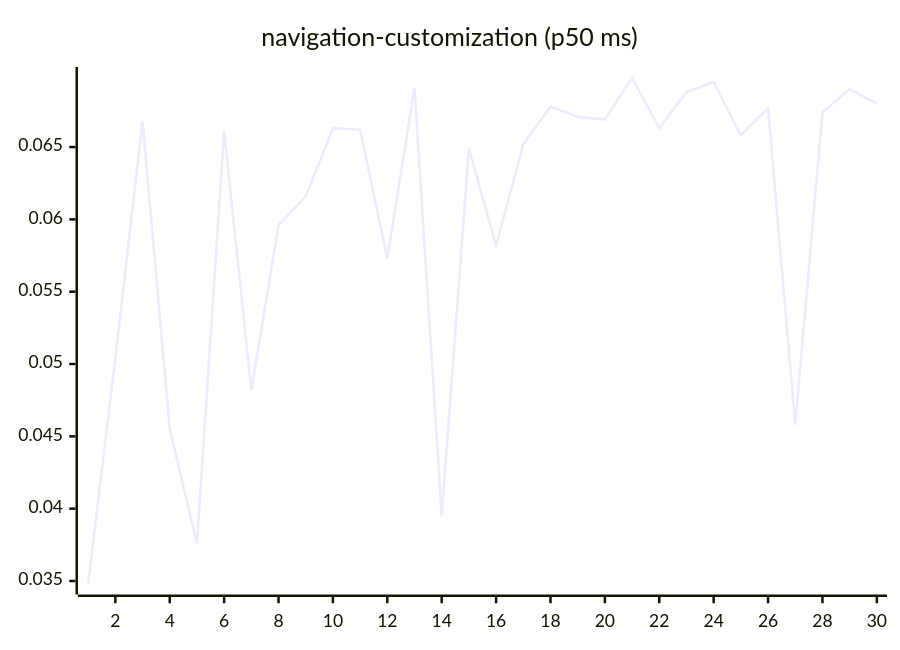
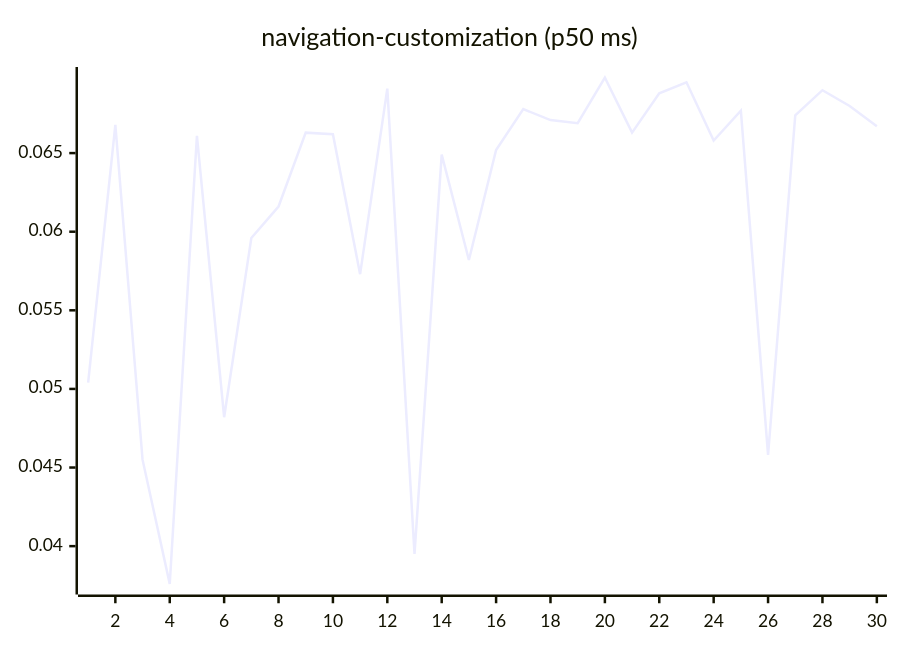
Before and after one commit to josha/Facet: diagram 15 of 27 in README.md, drawn with Mermaid. The commit also changed other lines of this file and 2 other files, not shown here.

````diff
--- a/README.md
+++ b/README.md
@@ -161,6 +161,6 @@
 ```mermaid
 xychart-beta
     title "navigation-customization (p50 ms)"
     x-axis 1 --> 30
-    line [0.0348, 0.0504, 0.0668, 0.0455, 0.0376, 0.0661, 0.0482, 0.0596, 0.0616, 0.0663, 0.0662, 0.0573, 0.0691, 0.0395, 0.0649, 0.0582, 0.0652, 0.0678, 0.0671, 0.0669, 0.0698, 0.0663, 0.0688, 0.0695, 0.0658, 0.0677, 0.0458, 0.0674, 0.0690, 0.0680]
+    line [0.0504, 0.0668, 0.0455, 0.0376, 0.0661, 0.0482, 0.0596, 0.0616, 0.0663, 0.0662, 0.0573, 0.0691, 0.0395, 0.0649, 0.0582, 0.0652, 0.0678, 0.0671, 0.0669, 0.0698, 0.0663, 0.0688, 0.0695, 0.0658, 0.0677, 0.0458, 0.0674, 0.0690, 0.0680, 0.0667]
 ```
````
